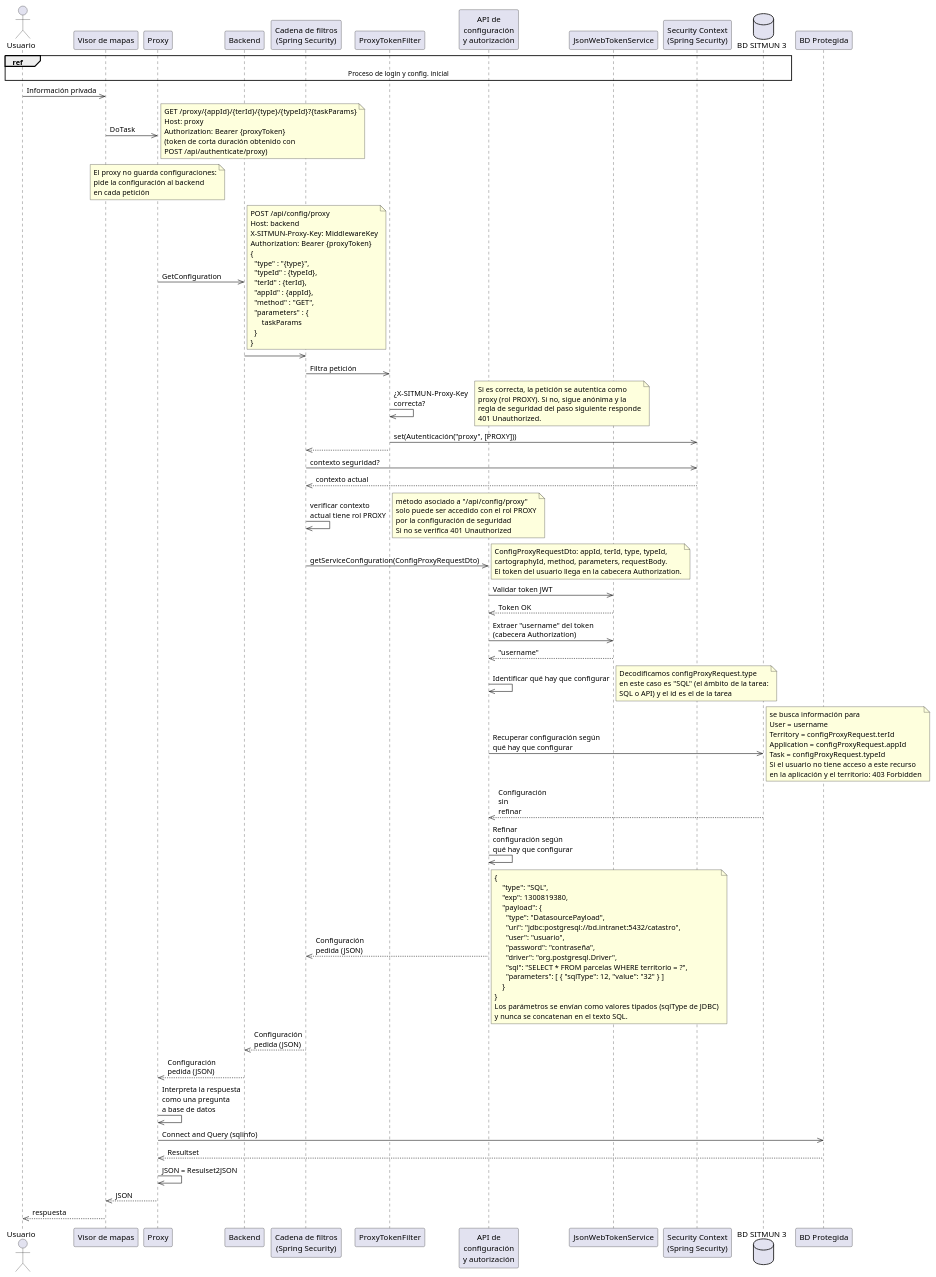
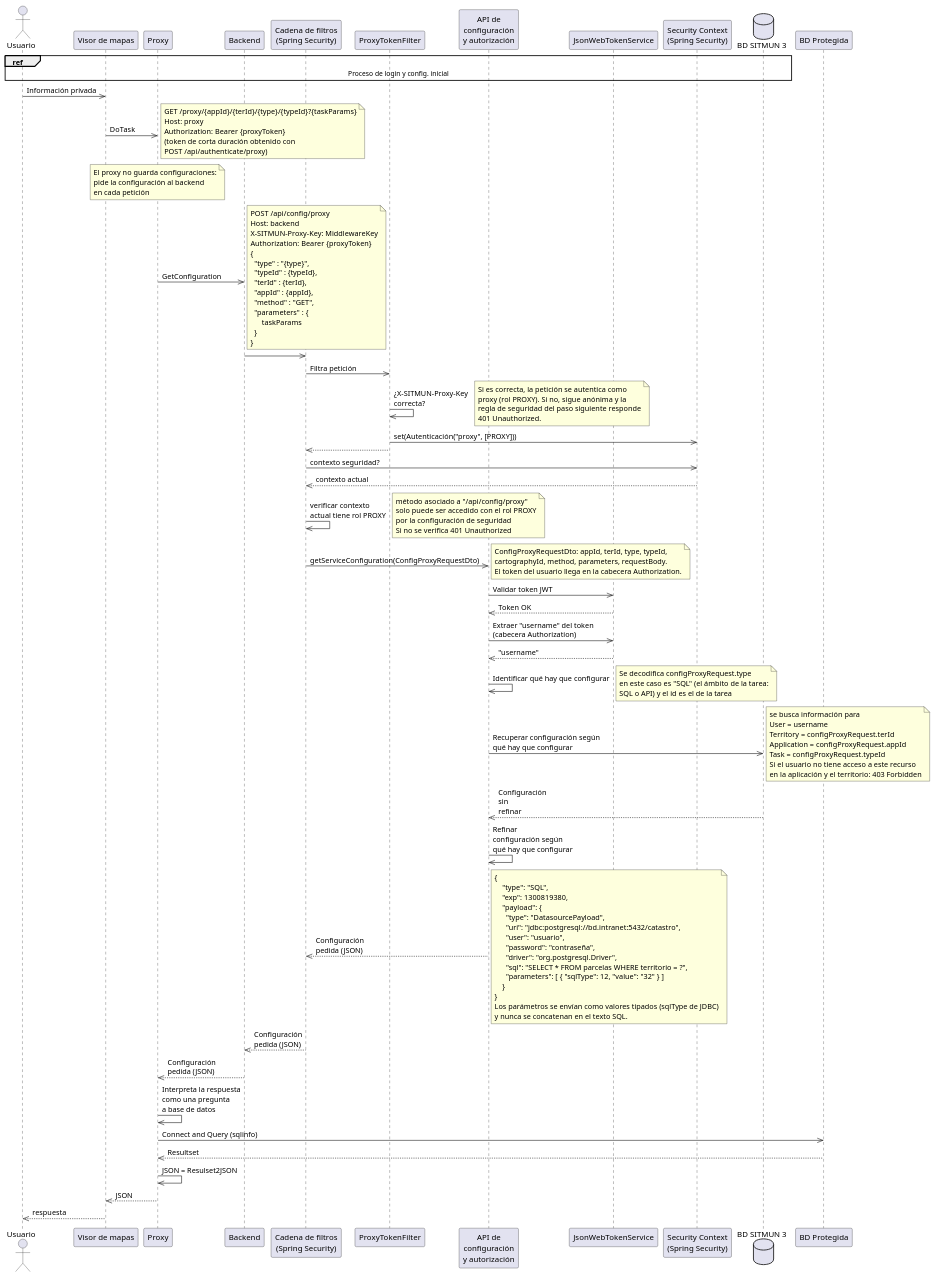
One commit to sitmun/sitmun.github.io changed the fourth of 6 diagrams in docs/que-es-sitmun/plataforma/arquitectura/index.md. Above: the diagram before and after it, drawn with PlantUML. The commit also changed other lines of this file and 6 other files, not shown here.

```diff
--- a/docs/que-es-sitmun/plataforma/arquitectura/index.md
+++ b/docs/que-es-sitmun/plataforma/arquitectura/index.md
@@ -703,7 +703,7 @@
 JsonWebTokenService -->> ConfigurationAPI: "username"
 ConfigurationAPI ->> ConfigurationAPI: Identificar qué hay que configurar 
 note right
-  Decodificamos configProxyRequest.type
+  Se decodifica configProxyRequest.type
   en este caso es "SQL" (el ámbito de la tarea:
   SQL o API) y el id es el de la tarea
 end note
```
